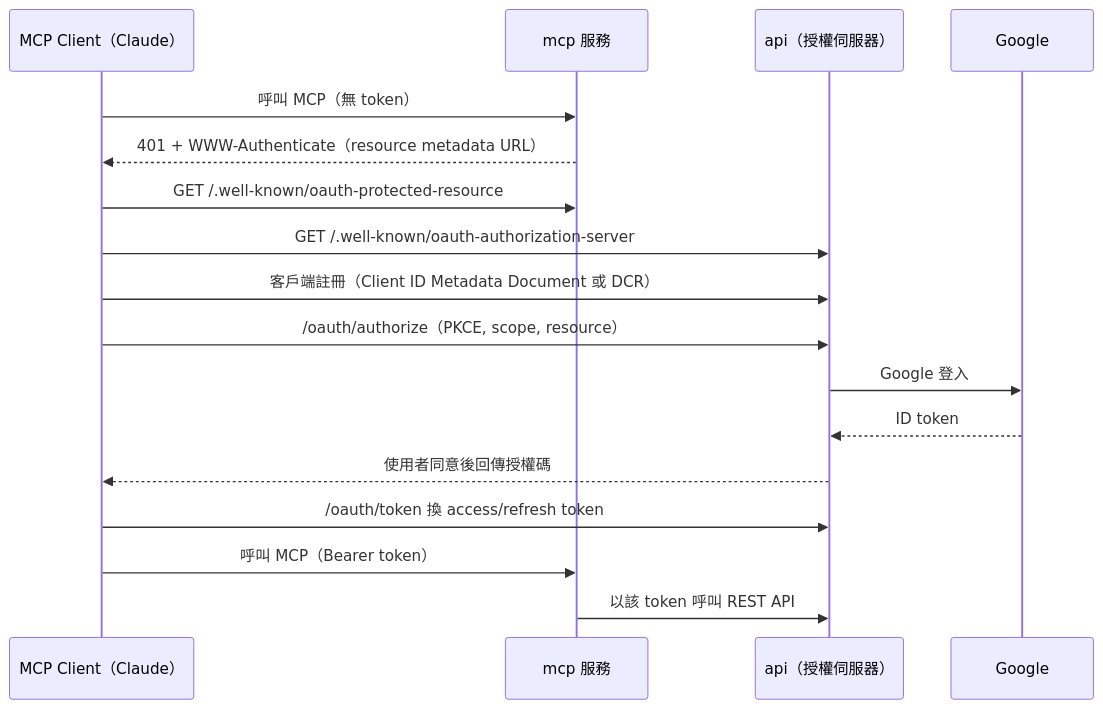
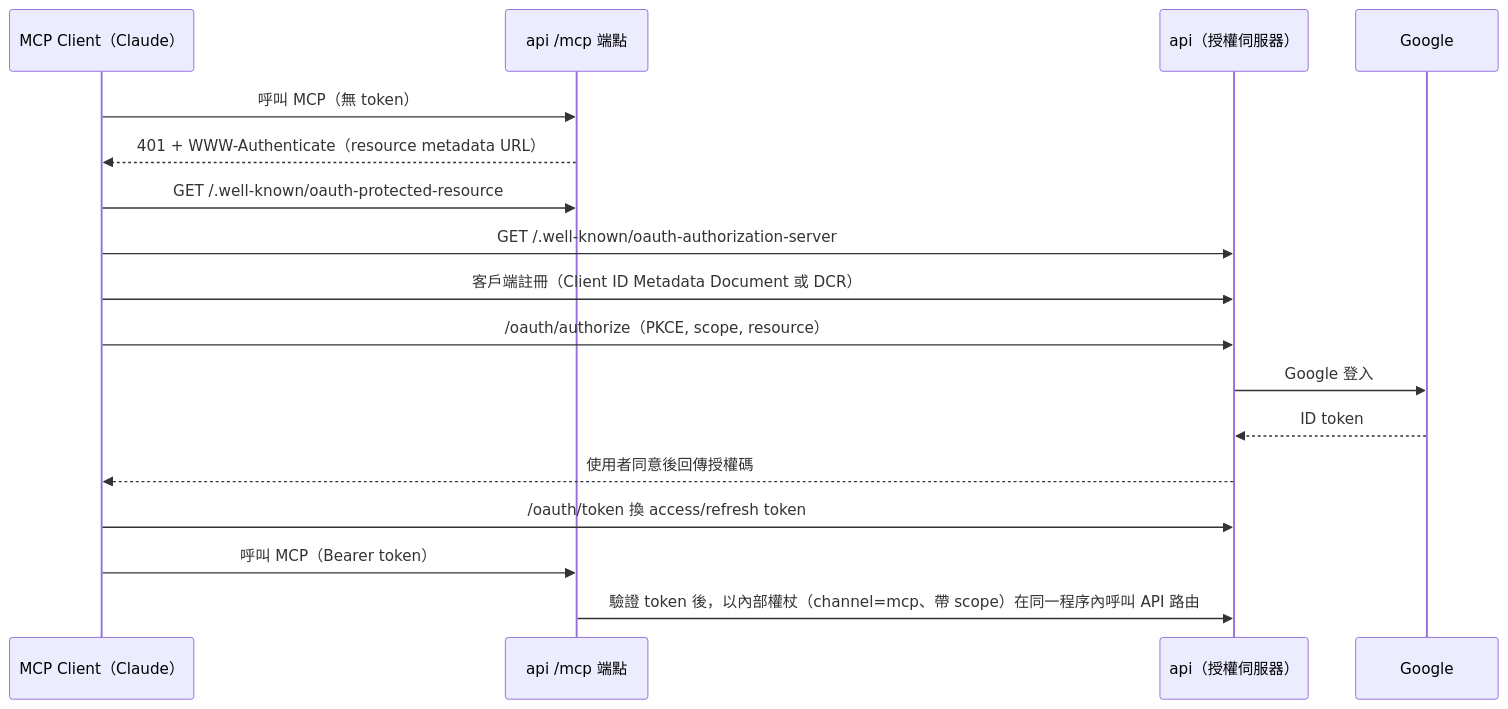
Before and after one commit to hcchien/travelog: the second of 4 diagrams in docs/ARCHITECTURE.md, drawn with Mermaid. The commit also changed other lines of this file and 152 other files, not shown here.

````diff
--- a/docs/ARCHITECTURE.md
+++ b/docs/ARCHITECTURE.md
@@ -166,19 +164,19 @@
 ```mermaid
 sequenceDiagram
   participant C as MCP Client（Claude）
-  participant M as mcp 服務
+  participant M as api /mcp 端點
   participant A as api（授權伺服器）
   participant G as Google
   C->>M: 呼叫 MCP（無 token）
   M-->>C: 401 + WWW-Authenticate（resource metadata URL）
   C->>M: GET /.well-known/oauth-protected-resource
   C->>A: GET /.well-known/oauth-authorization-server
   C->>A: 客戶端註冊（Client ID Metadata Document 或 DCR）
   C->>A: /oauth/authorize（PKCE, scope, resource）
   A->>G: Google 登入
   G-->>A: ID token
   A-->>C: 使用者同意後回傳授權碼
   C->>A: /oauth/token 換 access/refresh token
   C->>M: 呼叫 MCP（Bearer token）
-  M->>A: 以該 token 呼叫 REST API
+  M->>A: 驗證 token 後，以內部權杖（channel=mcp、帶 scope）在同一程序內呼叫 API 路由
 ```
````
